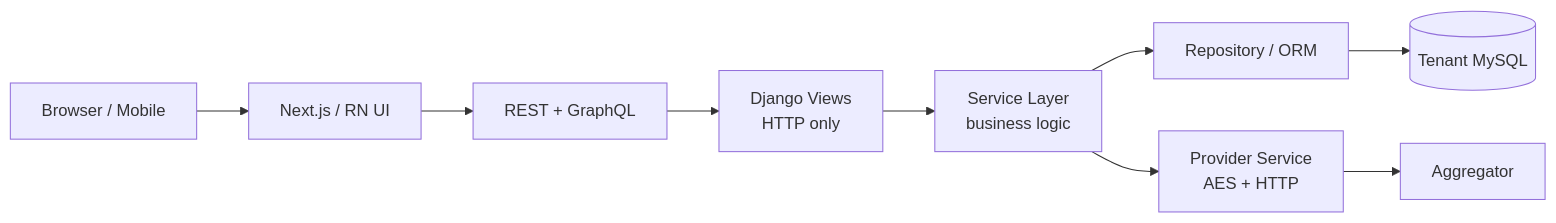
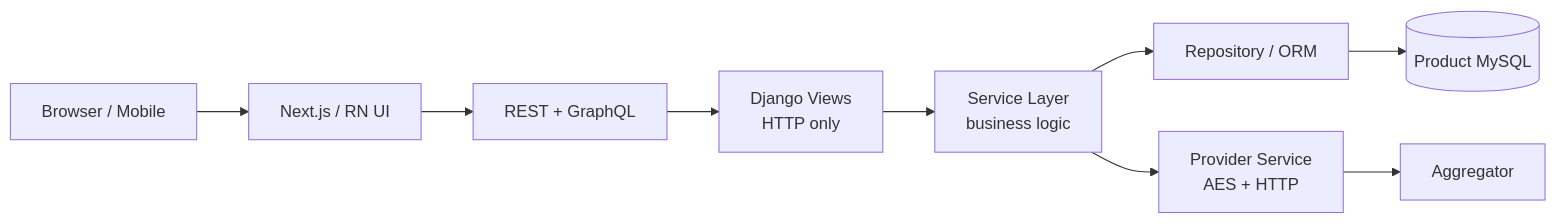
Before and after one commit to Aceplayswin/shamb_01: the second of 18 diagrams in README.md, drawn with Mermaid. The commit also changed other lines of this file, not shown here.

````diff
--- a/README.md
+++ b/README.md
@@ -216,11 +237,11 @@
 ```mermaid
 graph LR
   A[Browser / Mobile] --> B[Next.js / RN UI]
   B --> C[REST + GraphQL]
   C --> D[Django Views<br/>HTTP only]
   D --> E[Service Layer<br/>business logic]
   E --> F[Repository / ORM]
-  F --> G[(Tenant MySQL)]
+  F --> G[(Product MySQL)]
   E --> H[Provider Service<br/>AES + HTTP]
   H --> I[Aggregator]
 ```
````
